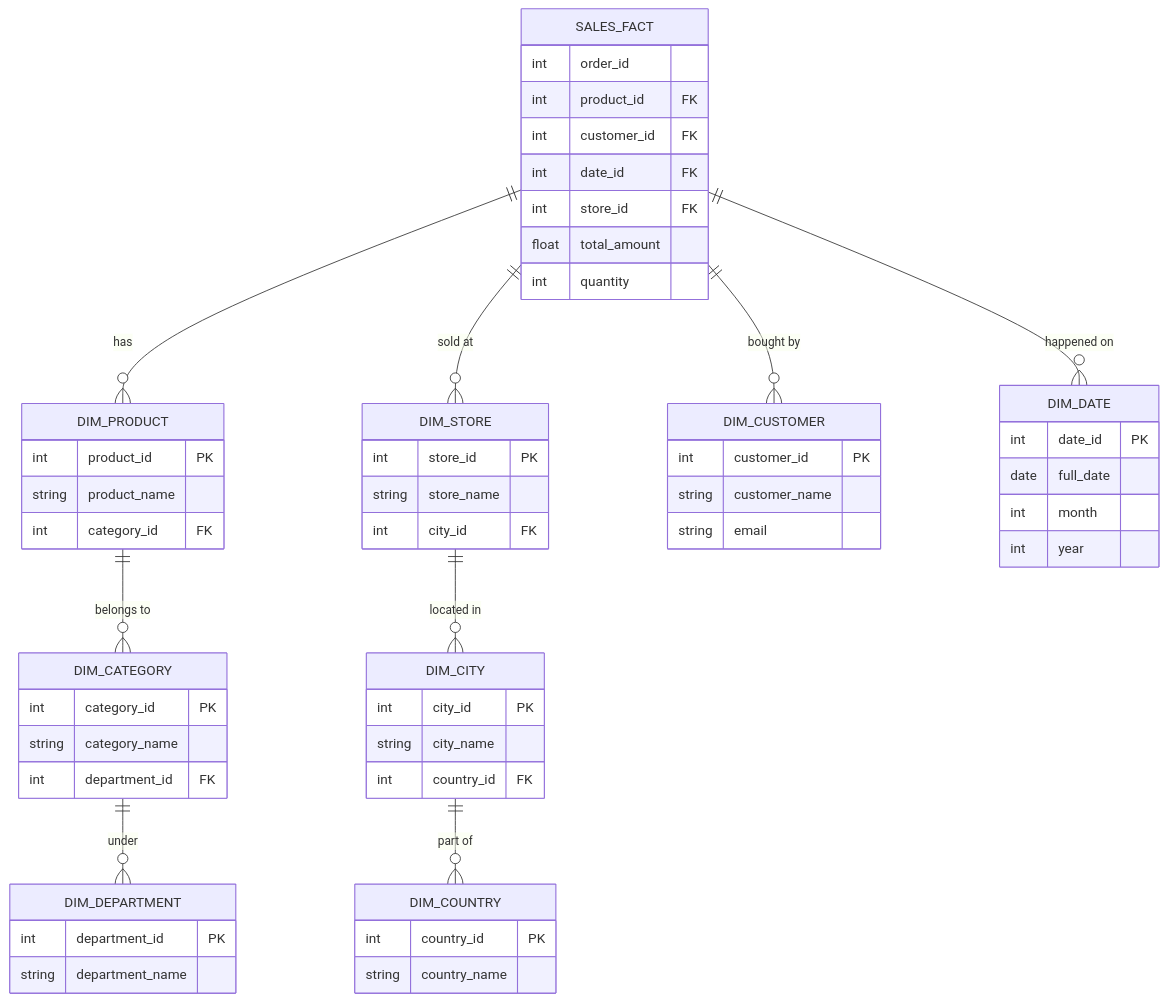
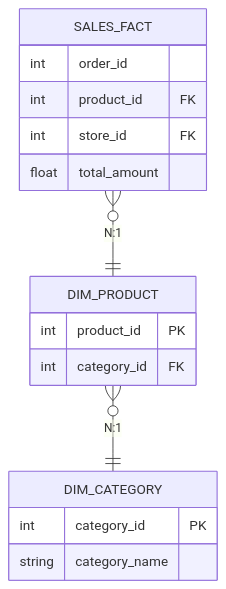
The diagram in src/content/docs/concepts/6-data-modeling-transformation/snowflake-schema.md (kythuatdulieu/kythuatdulieu.github.io), drawn with Mermaid before and after one commit. The commit also changed other lines of this file and 302 other files, not shown here.

````diff
--- a/src/content/docs/concepts/6-data-modeling-transformation/snowflake-schema.md
+++ b/src/content/docs/concepts/6-data-modeling-transformation/snowflake-schema.md
@@ -28,70 +26,22 @@
 ```mermaid
 erDiagram
     SALES_FACT {
         int order_id
         int product_id FK
-        int customer_id FK
-        int date_id FK
         int store_id FK
         float total_amount
-        int quantity
     }
     
     DIM_PRODUCT {
         int product_id PK
-        string product_name
         int category_id FK
     }
     
     DIM_CATEGORY {
         int category_id PK
         string category_name
-        int department_id FK
     }
     
-    DIM_DEPARTMENT {
-        int department_id PK
-        string department_name
-    }
-    
-    DIM_STORE {
-        int store_id PK
-        string store_name
-        int city_id FK
-    }
-    
-    DIM_CITY {
-        int city_id PK
-        string city_name
-        int country_id FK
-    }
-    
-    DIM_COUNTRY {
-        int country_id PK
-        string country_name
-    }
-    
-    DIM_CUSTOMER {
-        int customer_id PK
-        string customer_name
-        string email
-    }
-    
-    DIM_DATE {
-        int date_id PK
-        date full_date
-        int month
-        int year
-    }
-
-    SALES_FACT ||--o{ DIM_PRODUCT : "has"
-    SALES_FACT ||--o{ DIM_STORE : "sold at"
-    SALES_FACT ||--o{ DIM_CUSTOMER : "bought by"
-    SALES_FACT ||--o{ DIM_DATE : "happened on"
-    
-    DIM_PRODUCT ||--o{ DIM_CATEGORY : "belongs to"
-    DIM_CATEGORY ||--o{ DIM_DEPARTMENT : "under"
-    
-    DIM_STORE ||--o{ DIM_CITY : "located in"
-    DIM_CITY ||--o{ DIM_COUNTRY : "part of"
+    SALES_FACT }o--|| DIM_PRODUCT : "N:1"
+    DIM_PRODUCT }o--|| DIM_CATEGORY : "N:1"
 ```
````
